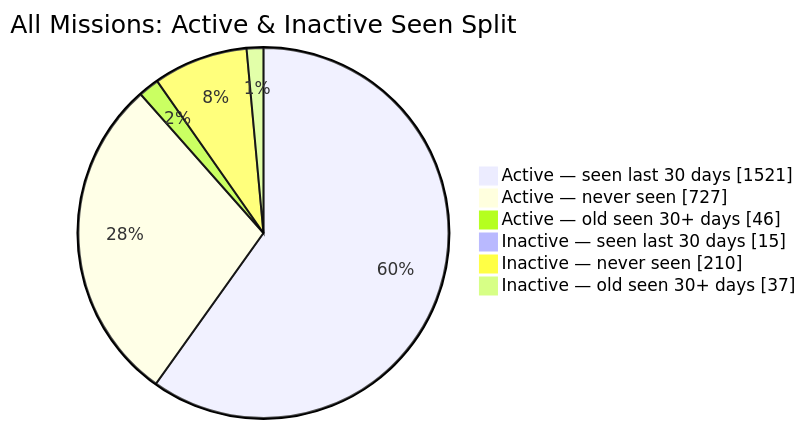
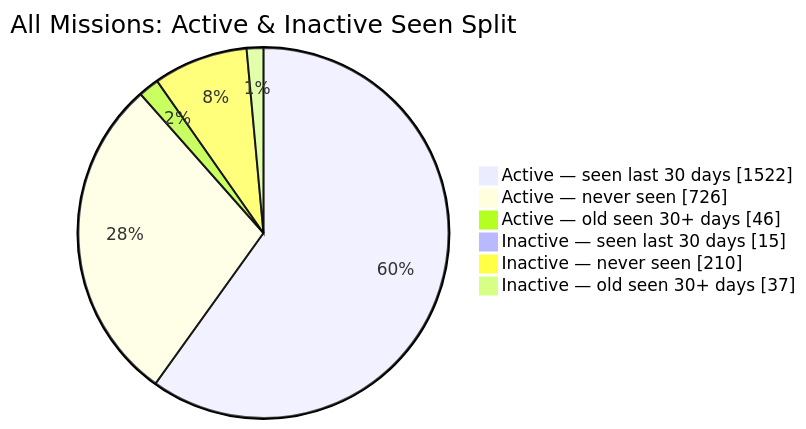
One commit to MeldkamerspelGameTeam/active-missions changed the second of 2 diagrams in README.md. Above: the diagram before and after it, drawn with Mermaid. The commit also changed other lines of this file and 2 other files, not shown here.

````diff
--- a/README.md
+++ b/README.md
@@ -44,10 +44,10 @@
 ```mermaid
 pie showData
     title All Missions: Active & Inactive Seen Split
-    "Active — seen last 30 days" : 1521
-    "Active — never seen" : 727
+    "Active — seen last 30 days" : 1522
+    "Active — never seen" : 726
     "Active — old seen 30+ days" : 46
     "Inactive — seen last 30 days" : 15
     "Inactive — never seen" : 210
     "Inactive — old seen 30+ days" : 37
 ```
````
